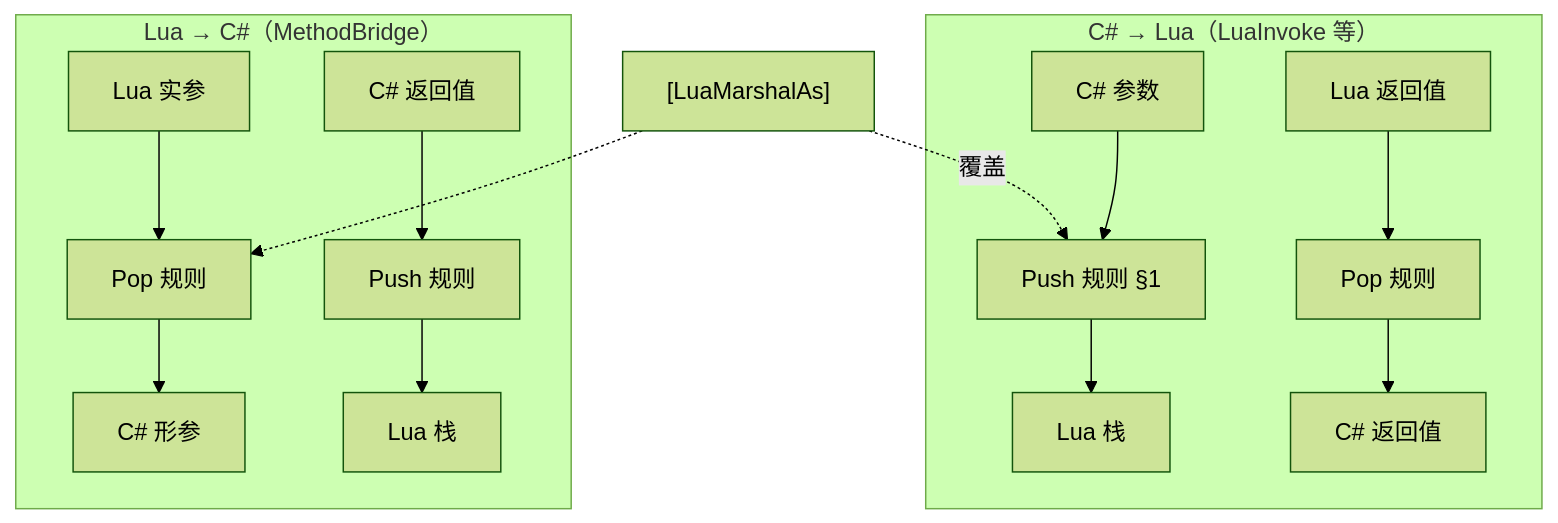
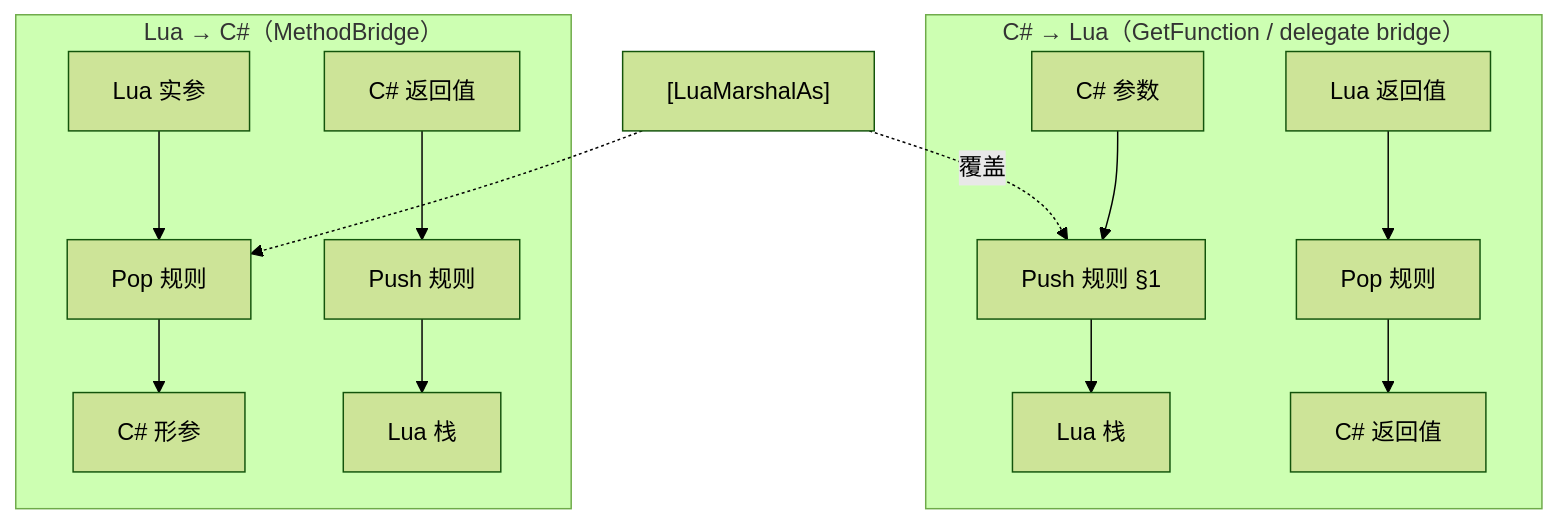
One commit to focus-creative-games/zlua-doc changed the diagram in docs/concepts/marshal-overview.md. Above: the diagram before and after it, drawn with Mermaid (forest theme). The commit also changed other lines of this file and 48 other files, not shown here.

Commit message:
doc: remove `LuaInvoke`

````diff
--- a/docs/concepts/marshal-overview.md
+++ b/docs/concepts/marshal-overview.md
@@ -17,19 +17,19 @@
 ```mermaid
 flowchart TB
-    subgraph C2L["C# → Lua（LuaInvoke 等）"]
+    subgraph C2L["C# → Lua（GetFunction / delegate bridge）"]
         C1[C# 参数] --> P1[Push 规则 §1]
         P1 --> L1[Lua 栈]
         L2[Lua 返回值] --> Pop1[Pop 规则]
         Pop1 --> C2[C# 返回值]
     end
 
     subgraph L2C["Lua → C#（MethodBridge）"]
         L3[Lua 实参] --> Pop2[Pop 规则]
         Pop2 --> C3[C# 形参]
         C4[C# 返回值] --> P2[Push 规则]
         P2 --> L4[Lua 栈]
     end
 
     MA["[LuaMarshalAs]"] -.->|覆盖| P1
     MA -.-> Pop2
 ```
````
